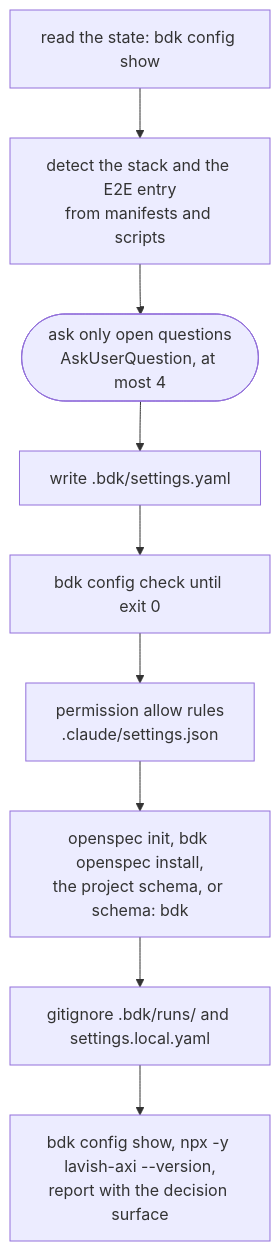
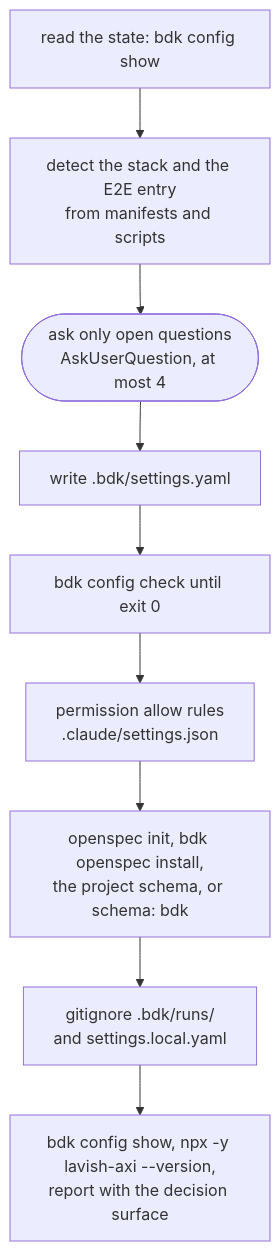
The first of 15 diagrams in docs/concepts/orchestrators.md (broneq/bdk), drawn with Mermaid before and after one commit. The commit also changed other lines of this file and 11 other files, not shown here.

First line of the commit message:
fix(docs): break flowchart labels only at the author's line breaks

````diff
--- a/docs/concepts/orchestrators.md
+++ b/docs/concepts/orchestrators.md
@@ -11,11 +11,11 @@
 ```mermaid
 flowchart TB
   S1["read the state: bdk config show"] --> S2["detect the stack and the E2E entry<br/>from manifests and scripts"]
   S2 --> S3(["ask only open questions<br/>AskUserQuestion, at most 4"])
   S3 --> S4["write .bdk/settings.yaml"]
   S4 --> S5["bdk config check until exit 0"]
   S5 --> S6["permission allow rules<br/>.claude/settings.json"]
   S6 --> S7["openspec init, bdk openspec install,<br/>the project schema, or schema: bdk"]
-  S7 --> S8["gitignore .bdk/runs/ and settings.local.yaml"]
+  S7 --> S8["gitignore .bdk/runs/<br/>and settings.local.yaml"]
   S8 --> S9["bdk config show, npx -y lavish-axi --version,<br/>report with the decision surface"]
 ```
````
